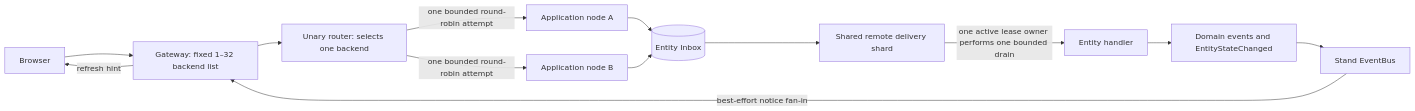
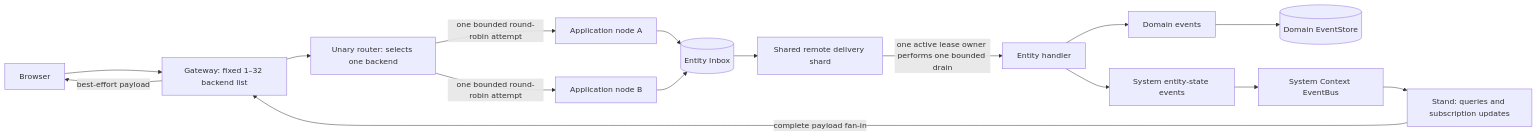
Before and after one commit to SpineEventEngine/spine-ts: the diagram in docs/architecture/README.md, drawn with Mermaid. The commit also changed other lines of this file and 3 other files, not shown here.

Commit message:
docs(server): explain system context boundaries

````diff
--- a/docs/architecture/README.md
+++ b/docs/architecture/README.md
@@ -22,15 +22,18 @@
 ```mermaid
 flowchart LR
   Browser --> Gateway[Gateway: fixed 1–32 backend list]
   Gateway --> Select[Unary router: selects one backend]
   Select -->|one bounded round-robin attempt| AppA[Application node A]
   Select -->|one bounded round-robin attempt| AppB[Application node B]
   AppA --> Inbox[(Entity Inbox)]
   AppB --> Inbox
   Inbox --> Delivery[Shared remote delivery shard]
   Delivery -->|one active lease owner performs one bounded drain| Entity[Entity handler]
-  Entity --> Events[Domain events and EntityStateChanged]
-  Events --> Stand[Stand EventBus]
-  Stand -->|best-effort notice fan-in| Gateway
-  Gateway -->|refresh hint| Browser
+  Entity --> DomainEvents[Domain events]
+  DomainEvents --> DomainStore[(Domain EventStore)]
+  Entity --> SystemEvents[System entity-state events]
+  SystemEvents --> SystemBus[System Context EventBus]
+  SystemBus --> Stand[Stand: queries and subscription updates]
+  Stand -->|complete payload fan-in| Gateway
+  Gateway -->|best-effort payload| Browser
 ```
````
